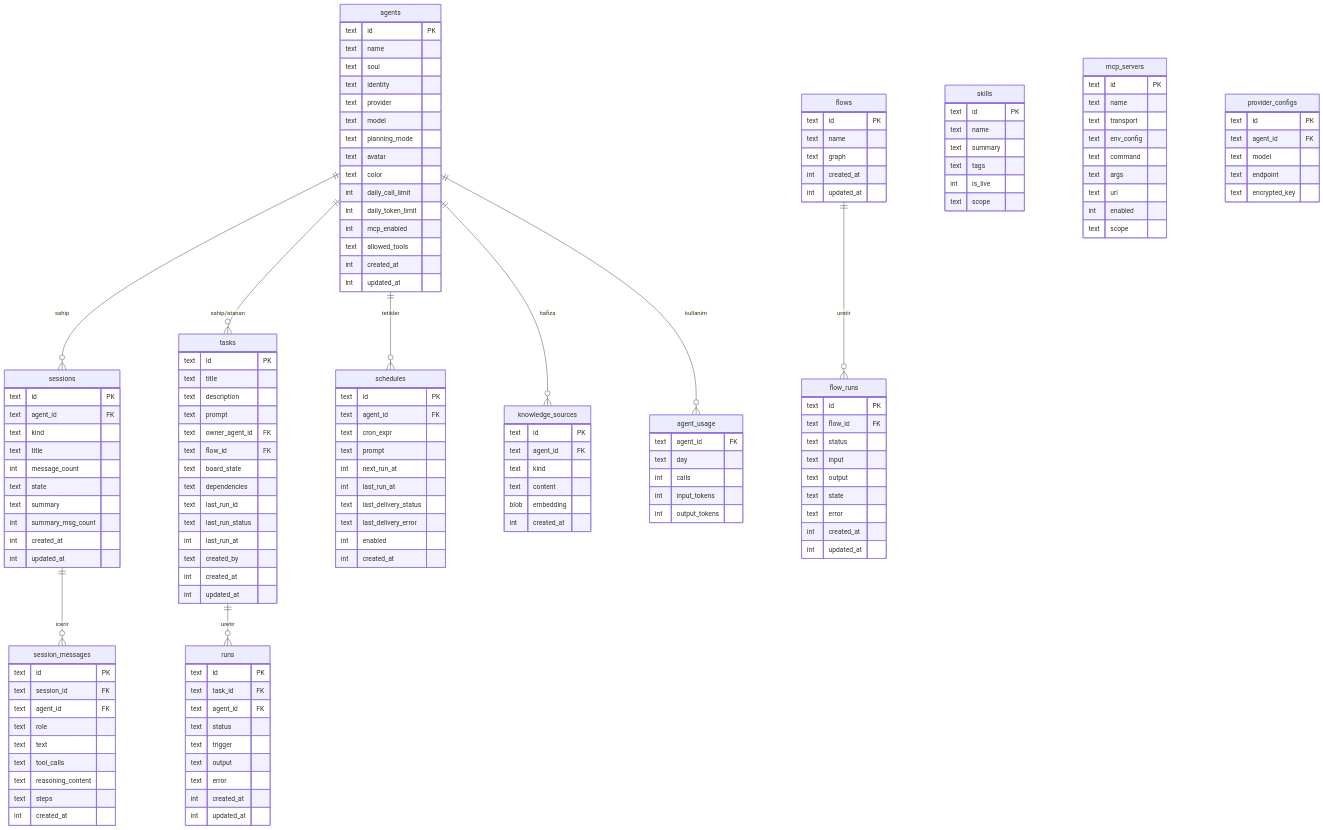
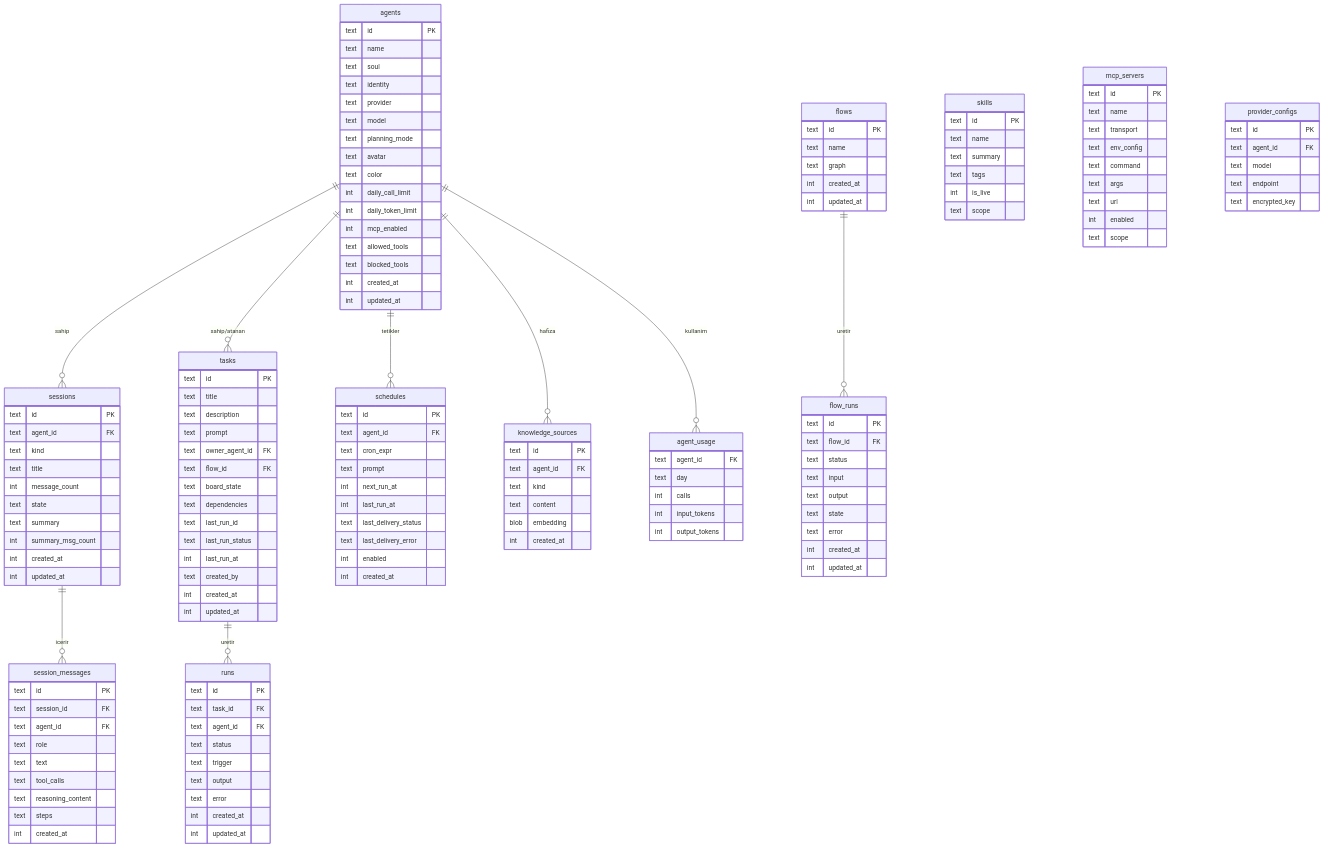
The diagram in _Docs/02-VERI-MODELI.md (bilal-arikan/tionharness), drawn with Mermaid before and after one commit. The commit also changed other lines of this file and 10 other files, not shown here.

```diff
--- a/_Docs/02-VERI-MODELI.md
+++ b/_Docs/02-VERI-MODELI.md
@@ -34,6 +34,7 @@
         int  daily_token_limit
         int  mcp_enabled
         text allowed_tools
+        text blocked_tools
         int  created_at
         int  updated_at
     }
```
